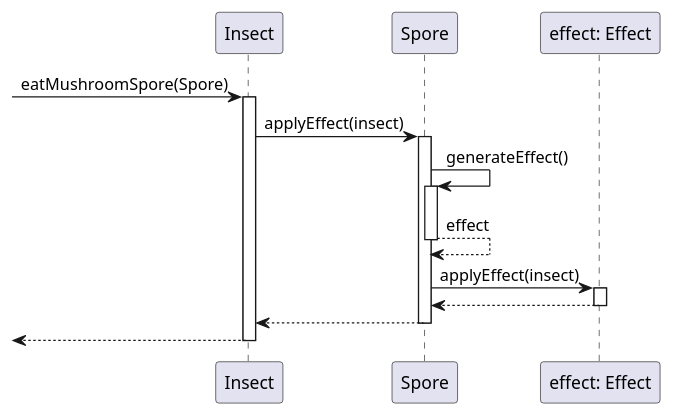
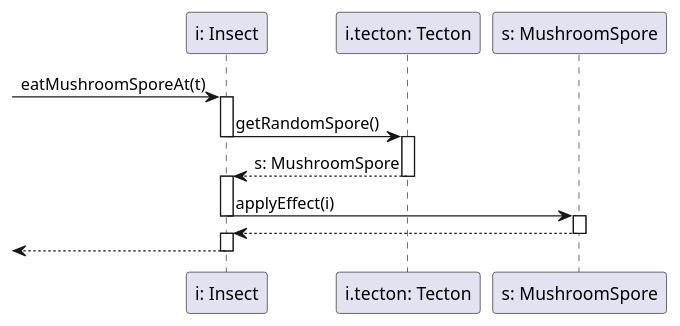
Before and after one commit to dzsem/projlab: the diagram in diagrams/sequence/insect/eatMushroomSpore.plantuml, drawn with PlantUML.

Commit message:
Update eatMushroomSpore

```diff
--- a/diagrams/sequence/insect/eatMushroomSpore.plantuml
+++ b/diagrams/sequence/insect/eatMushroomSpore.plantuml
@@ -1,39 +1,29 @@
-@startuml SporeEating
+@startuml Insect.eatMushroomSporeAt
 
-participant "Insect" as insect
-participant "Spore" as spore
-participant "effect: Effect" as effect
+participant "i: Insect" as insect
+participant "i.tecton: Tecton" as tecton
+participant "s: MushroomSpore" as spore
 
-
-->insect: eatMushroomSpore(Spore)
+-> insect: eatMushroomSporeAt(t)
 activate insect
 
-    
-insect->spore : applyEffect(insect)
+insect -> tecton: getRandomSpore()
+deactivate insect
+activate tecton
 
+insect <-- tecton: s: MushroomSpore
+deactivate tecton
+activate insect
+
+insect -> spore: applyEffect(i)
+deactivate insect
 activate spore
-
-
-
-spore->spore : generateEffect()
-activate spore
-
-spore --> spore: effect
-deactivate spore
-
-
-spore ->effect : applyEffect(insect)
-activate effect
-
-spore <-- effect
-deactivate effect
 
 insect <-- spore
 deactivate spore
+activate insect
 
 <-- insect
 deactivate insect
 
-
-
 @enduml
```
